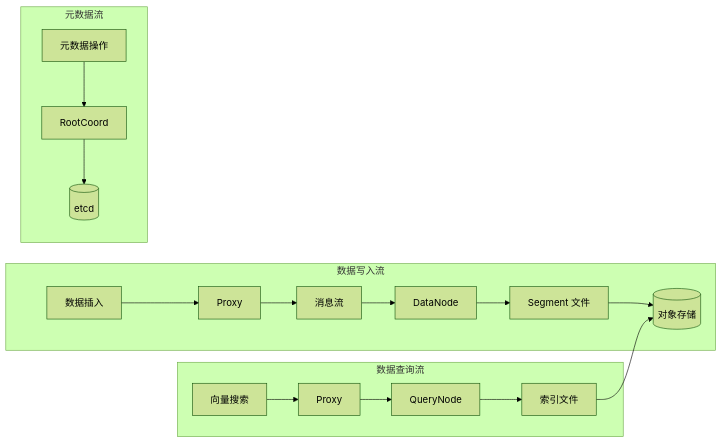
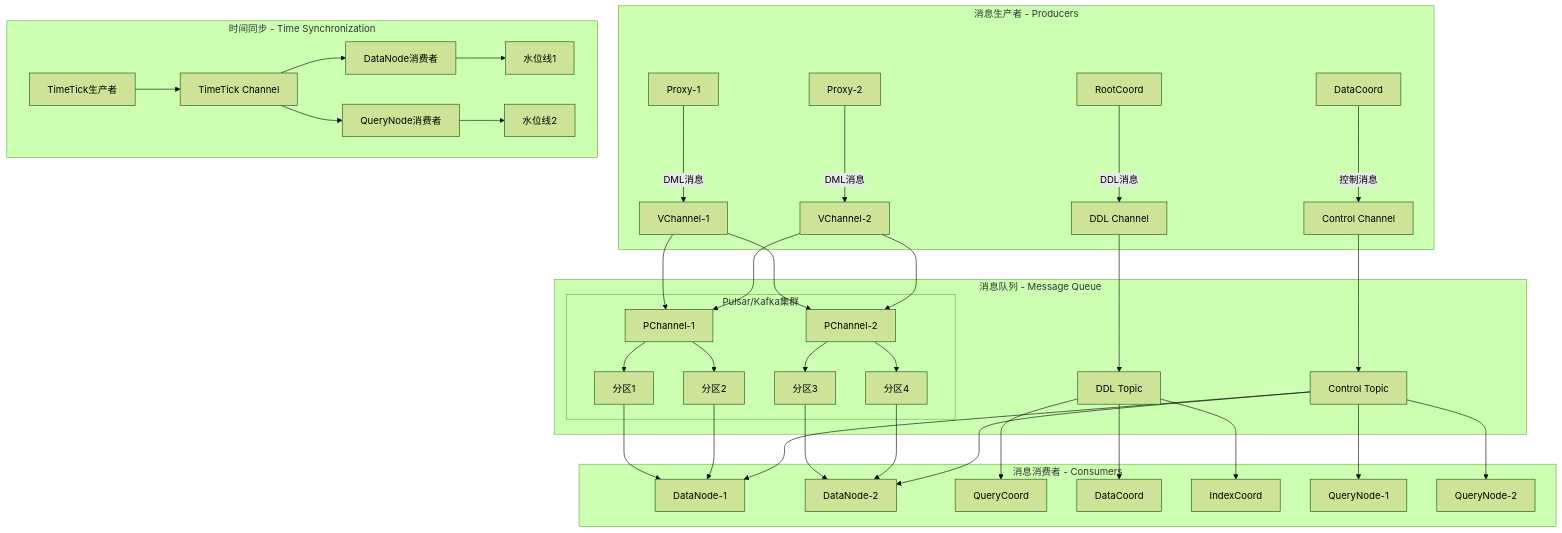
One commit to haoyunlt/myblog changed diagram 11 of 14 in content/posts/milvus-source-analysis.md. Above: the diagram before and after it, drawn with Mermaid (forest theme). The commit also changed other lines of this file and 335 other files, not shown here.

````diff
--- a/content/posts/milvus-source-analysis.md
+++ b/content/posts/milvus-source-analysis.md
@@ -487,22 +1887,51 @@
 ```mermaid
-graph LR
-    subgraph "数据写入流"
-        Insert[数据插入] --> Proxy1[Proxy]
-        Proxy1 --> MsgStream[消息流]
-        MsgStream --> DataNode1[DataNode]
-        DataNode1 --> Segment[Segment 文件]
-        Segment --> ObjectStorage[(对象存储)]
+graph TB
+    subgraph "消息生产者 - Producers"
+        Proxy1[Proxy-1] --> |DML消息| VChannel1[VChannel-1]
+        Proxy2[Proxy-2] --> |DML消息| VChannel2[VChannel-2]
+        RootCoord[RootCoord] --> |DDL消息| DDLChannel[DDL Channel]
+        DataCoord[DataCoord] --> |控制消息| ControlChannel[Control Channel]
     end
     
-    subgraph "数据查询流"
-        Search[向量搜索] --> Proxy2[Proxy]
-        Proxy2 --> QueryNode1[QueryNode]
-        QueryNode1 --> Index[索引文件]
-        Index --> ObjectStorage
+    subgraph "消息队列 - Message Queue"
+        VChannel1 --> PChannel1[PChannel-1]
+        VChannel2 --> PChannel1
+        VChannel1 --> PChannel2[PChannel-2]
+        VChannel2 --> PChannel2
+        
+        DDLChannel --> DDLTopic[DDL Topic]
+        ControlChannel --> ControlTopic[Control Topic]
+        
+        subgraph "Pulsar/Kafka集群"
+            PChannel1 --> Partition1[分区1]
+            PChannel1 --> Partition2[分区2]
+            PChannel2 --> Partition3[分区3]
+            PChannel2 --> Partition4[分区4]
+        end
     end
     
-    subgraph "元数据流"
-        MetaOp[元数据操作] --> RootCoord1[RootCoord]
-        RootCoord1 --> etcd[(etcd)]
+    subgraph "消息消费者 - Consumers"
+        Partition1 --> DataNode1[DataNode-1]
+        Partition2 --> DataNode1
+        Partition3 --> DataNode2[DataNode-2]
+        Partition4 --> DataNode2
+        
+        DDLTopic --> QueryCoord[QueryCoord]
+        DDLTopic --> DataCoordConsumer[DataCoord]
+        DDLTopic --> IndexCoord[IndexCoord]
+        
+        ControlTopic --> DataNode1
+        ControlTopic --> DataNode2
+        ControlTopic --> QueryNode1[QueryNode-1]
+        ControlTopic --> QueryNode2[QueryNode-2]
+    end
+    
+    subgraph "时间同步 - Time Synchronization"
+        TimeTickProducer[TimeTick生产者] --> TimeTickChannel[TimeTick Channel]
+        TimeTickChannel --> TimeTickConsumer1[DataNode消费者]
+        TimeTickChannel --> TimeTickConsumer2[QueryNode消费者]
+        
+        TimeTickConsumer1 --> Watermark1[水位线1]
+        TimeTickConsumer2 --> Watermark2[水位线2]
     end
 ```
````
